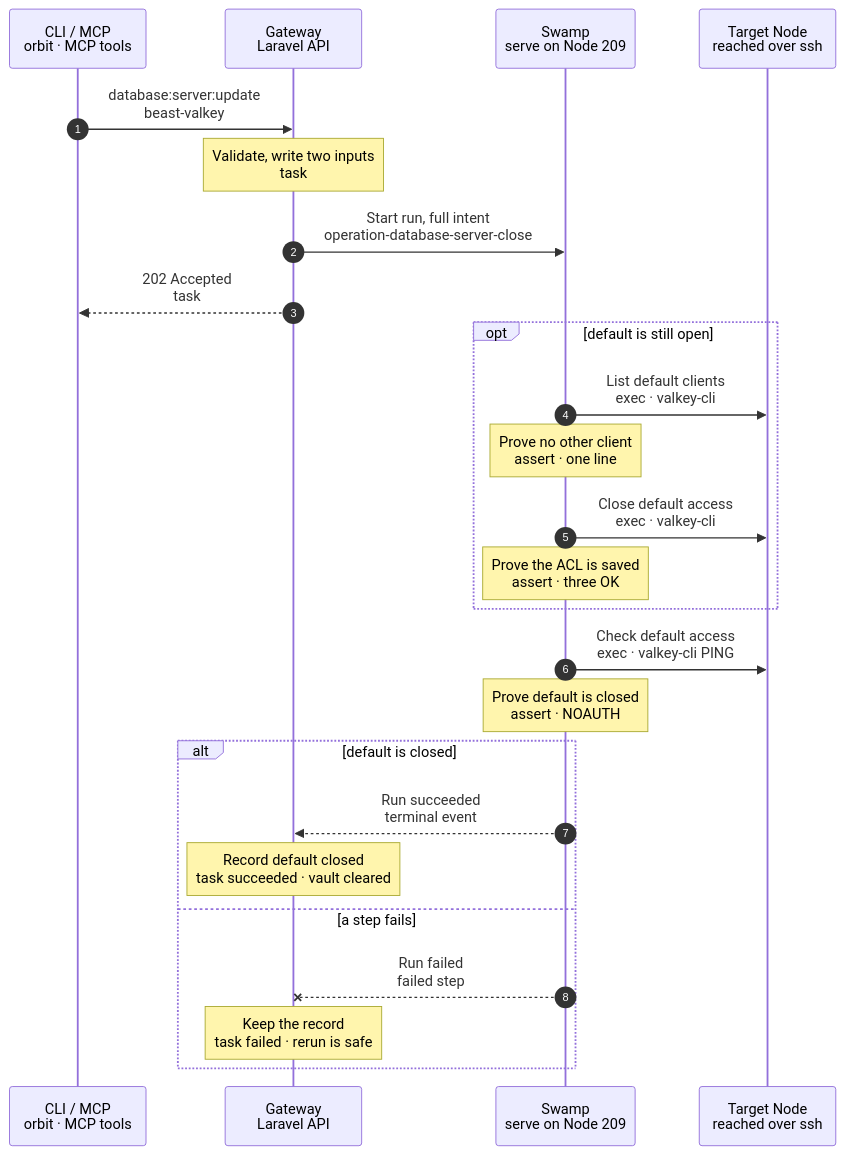
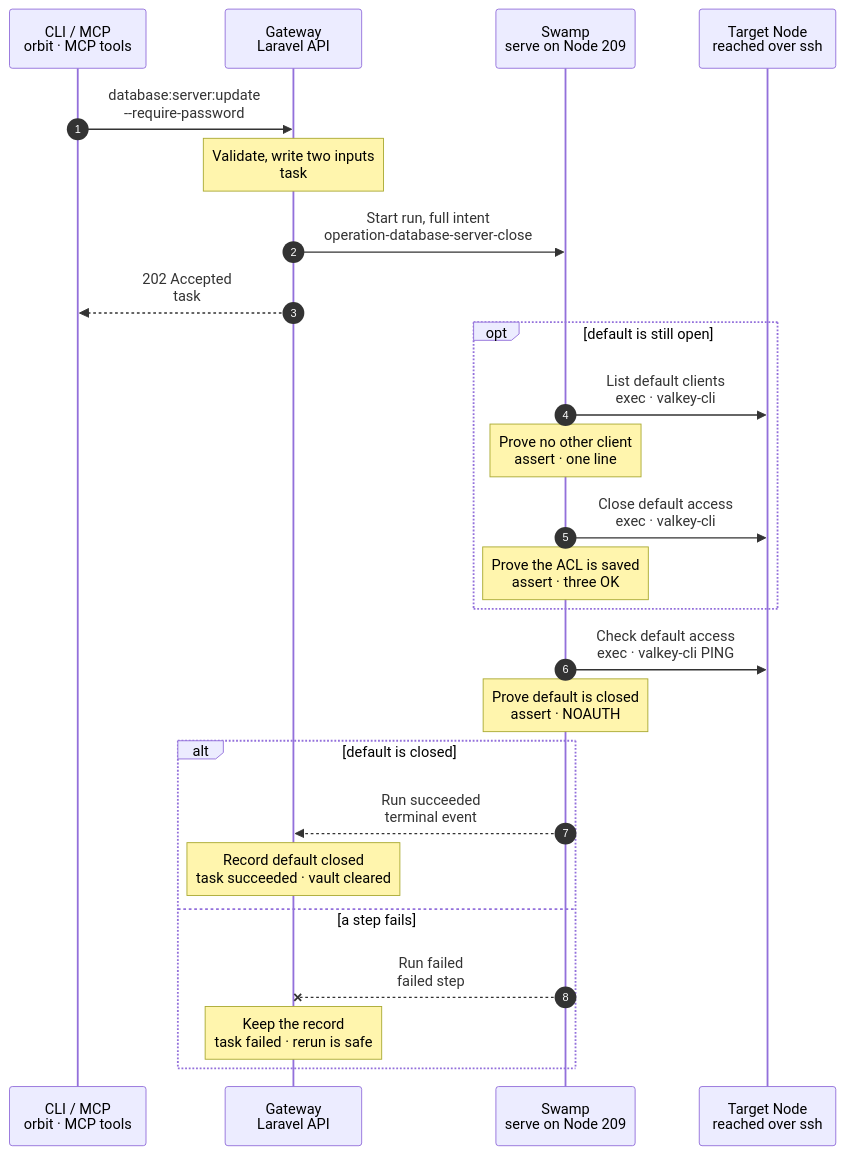
Before and after one commit to hardimpactdev/orbit: the diagram in docs/cli/database/server-update.mmd, drawn with Mermaid. The commit also changed 26 other files, not shown here.

Commit message:
refactor(cli): replace database server close with password update

```diff
--- a/docs/cli/database/server-update.mmd
+++ b/docs/cli/database/server-update.mmd
@@ -1,74 +1,74 @@
 sequenceDiagram
   %% Target design: ADR 0244 task, DECISIONS R2, R4, flow-tighten rule 22 and Q-DBAUTH (one valkey-cli call per step, AUTH as the first stdin line from the vault; no rollback). docs/reference/database-servers.md#close-an-adopted-server.
   %% status: draft
   %% command: database:server:update
   %% kind: database_server.close
   autonumber
   %% lane CLI icon=terminal pill=caller tone=gray
   %% lane GW icon=gateway pill=intent tone=blue
   %% lane SW icon=workflow pill=executes tone=green
   %% lane N icon=server pill=target tone=amber
   participant CLI as CLI / MCP<br/>orbit · MCP tools
   participant GW as Gateway<br/>Laravel API
   participant SW as Swamp<br/>serve on Node 209
   participant N as Target Node<br/>reached over ssh
-  CLI->>GW: database:server:update<br/>beast-valkey
+  CLI->>GW: database:server:update<br/>--require-password
   %%> Command:
   %%> - `orbit database:server:update beast-valkey --require-password`
   %%> - syntax: `<slug> --require-password [--idempotency-key=KEY] [--json]`
   %%> Input:
   %%> - the slug of an adopted Valkey server
   %%> - `--require-password` is required; missing or false input is refused
   Note over GW: Validate, write two inputs<br/>task #5170 · vault
   %%> Requirements:
   %%> - the server is an active Valkey server
   %%> - every connection on it has a password (`database.server_in_use`)
   %%> What it does:
   %%> - writes two vault inputs, each an `AUTH default` line with the admin password and the commands of one step
   %%> - records task #5170 with the host, port and whether `default` is still open; never the password
   GW->>SW: Start run, full intent<br/>operation-database-server-close
   %%> What it does:
   %%> - starts one Swamp run on serve (Node 209)
   GW-->>CLI: 202 Accepted<br/>task #5170
   %%> Next:
   %%> - the CLI follows the task with `operation:show`
   opt default is still open
     SW->>N: List default clients<br/>exec · valkey-cli
     %%> What it does:
     %%> - one `valkey-cli` call: `AUTH default`, then `CLIENT LIST USER default`
     %%> How:
     %%> - `docker run --rm -i --network=host valkey/valkey:8.1 valkey-cli -h <host> -p <port>`, with the vault input on stdin, so the password is never in argv
     Note over SW: Prove no other client<br/>assert · one line
     %%> What it does:
     %%> - the list holds only this call's own connection; another client fails the run with `database.server_in_use`
     SW->>N: Close default access<br/>exec · valkey-cli
     %%> What it does:
     %%> - one `valkey-cli` call: `AUTH default`, `ACL SETUSER default resetpass #<sha256>`, `ACL SAVE`, `CLIENT KILL USER default SKIPME yes`
     %%> No rollback:
     %%> - a failed save leaves the live ACL closed but not saved; a rerun repeats the close
     Note over SW: Prove the ACL is saved<br/>assert · three OK
     %%> What it does:
     %%> - `AUTH`, `ACL SETUSER` and `ACL SAVE` each answered `OK`
   end
   SW->>N: Check default access<br/>exec · valkey-cli PING
   %%> What it does:
   %%> - one `valkey-cli PING` with no password; the end check
   %%> Why:
   %%> - access only counts as closed when a client without a password gets `NOAUTH`
   Note over SW: Prove default is closed<br/>assert · NOAUTH
   %%> What it does:
   %%> - the `PING` answer starts with `NOAUTH`
   alt default is closed
     SW-->>GW: Run succeeded<br/>terminal event
     %%> How the Gateway learns it:
     %%> - its shared run reader sees the terminal event; Swamp never calls the Gateway
     Note over GW: Record default closed<br/>task succeeded · vault cleared
     %%> Result:
     %%> - the server's `default_open` is false; both vault inputs are deleted
   else a step fails
     SW--xGW: Run failed<br/>failed step
     Note over GW: Keep the record<br/>task failed · rerun is safe
     %%> Result:
     %%> - `database.server_in_use` when another client is logged in as `default`; otherwise `database.server_command_failed`
     %%> - both vault inputs are deleted
   end
```
